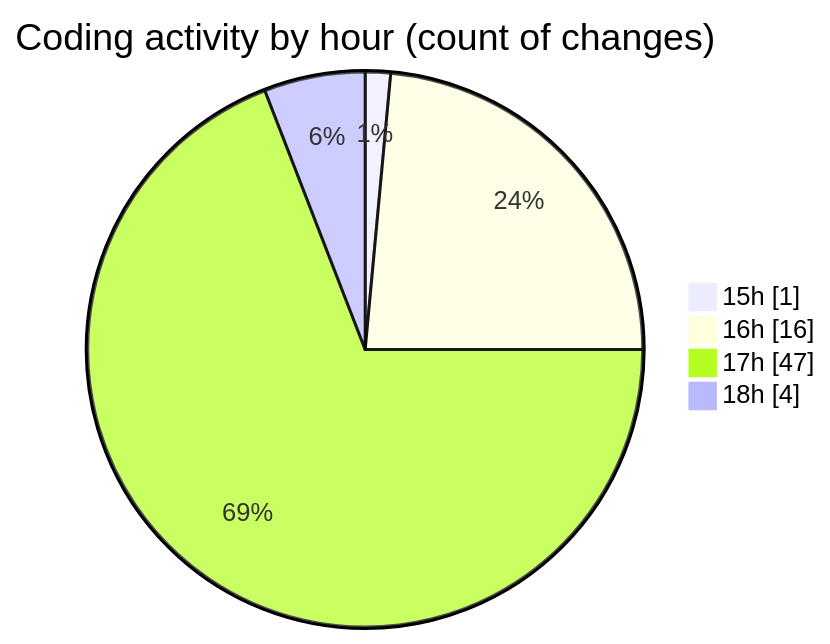
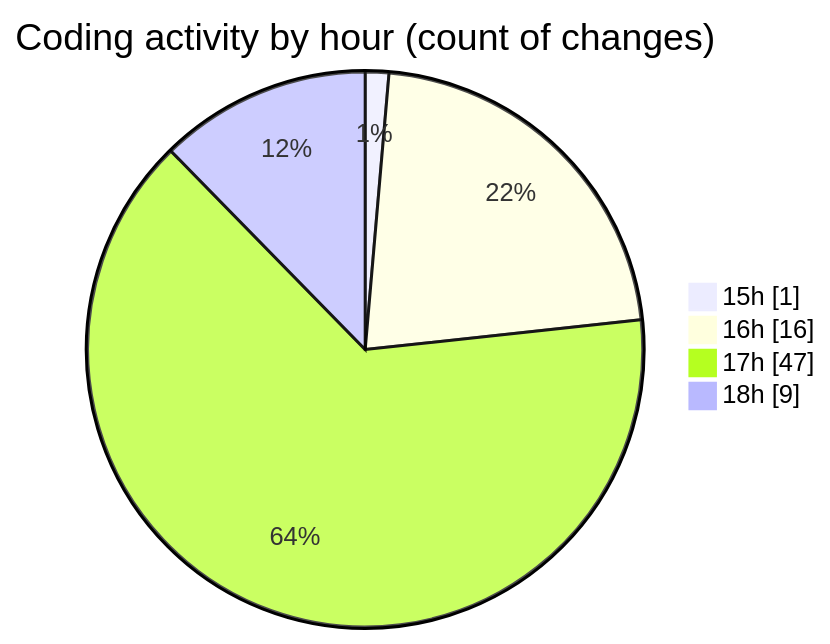
Before and after one commit to debugP/code-tracking: the second of 2 diagrams in 2025-10-14/untitled__workspace_/README.md, drawn with Mermaid. The commit also changed other lines of this file and 1 other file, not shown here.

````diff
--- a/2025-10-14/untitled__workspace_/README.md
+++ b/2025-10-14/untitled__workspace_/README.md
@@ -28,8 +28,8 @@
 ```mermaid
 pie showData
 title Coding activity by hour (count of changes)
 "15h" : 1
 "16h" : 16
 "17h" : 47
-"18h" : 4
+"18h" : 9
 ```
````
